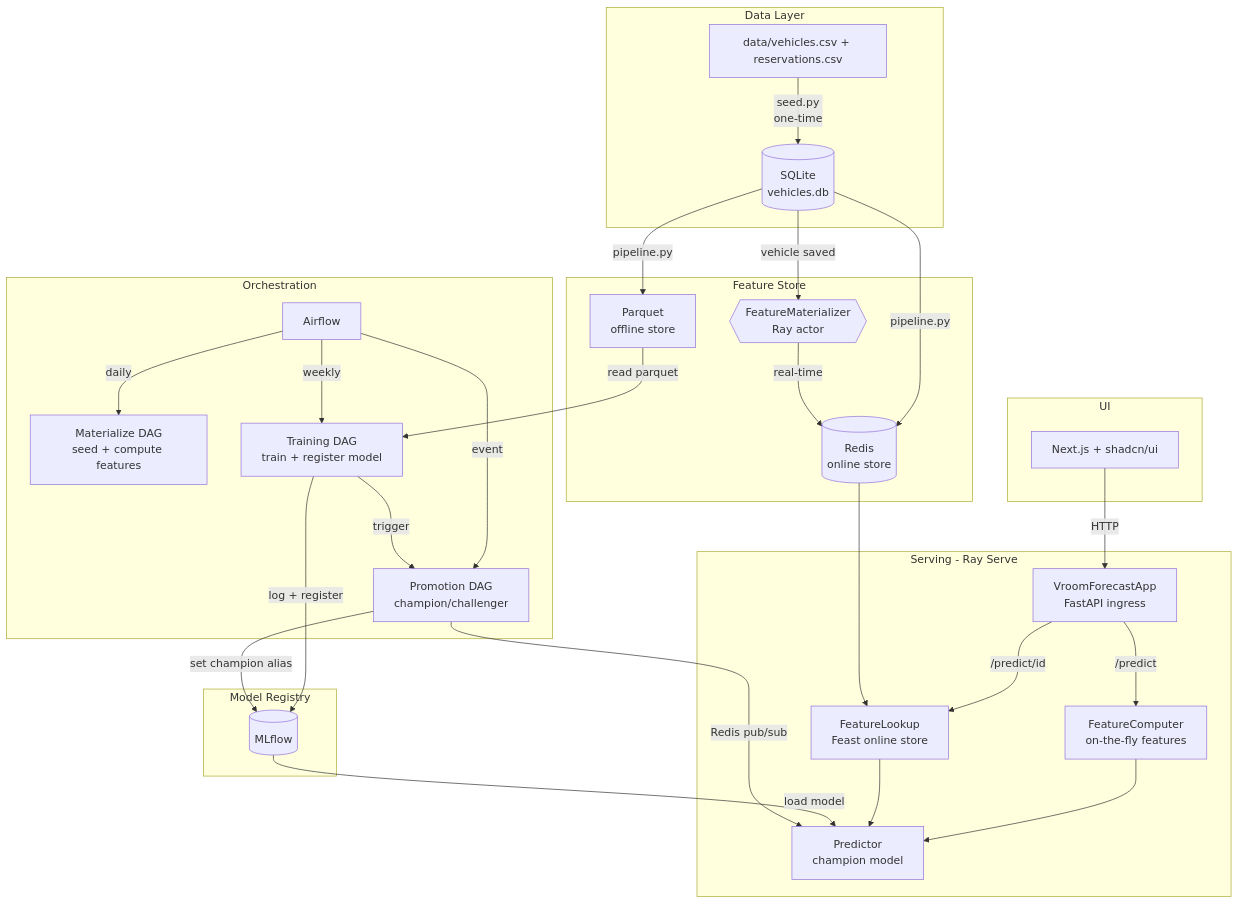
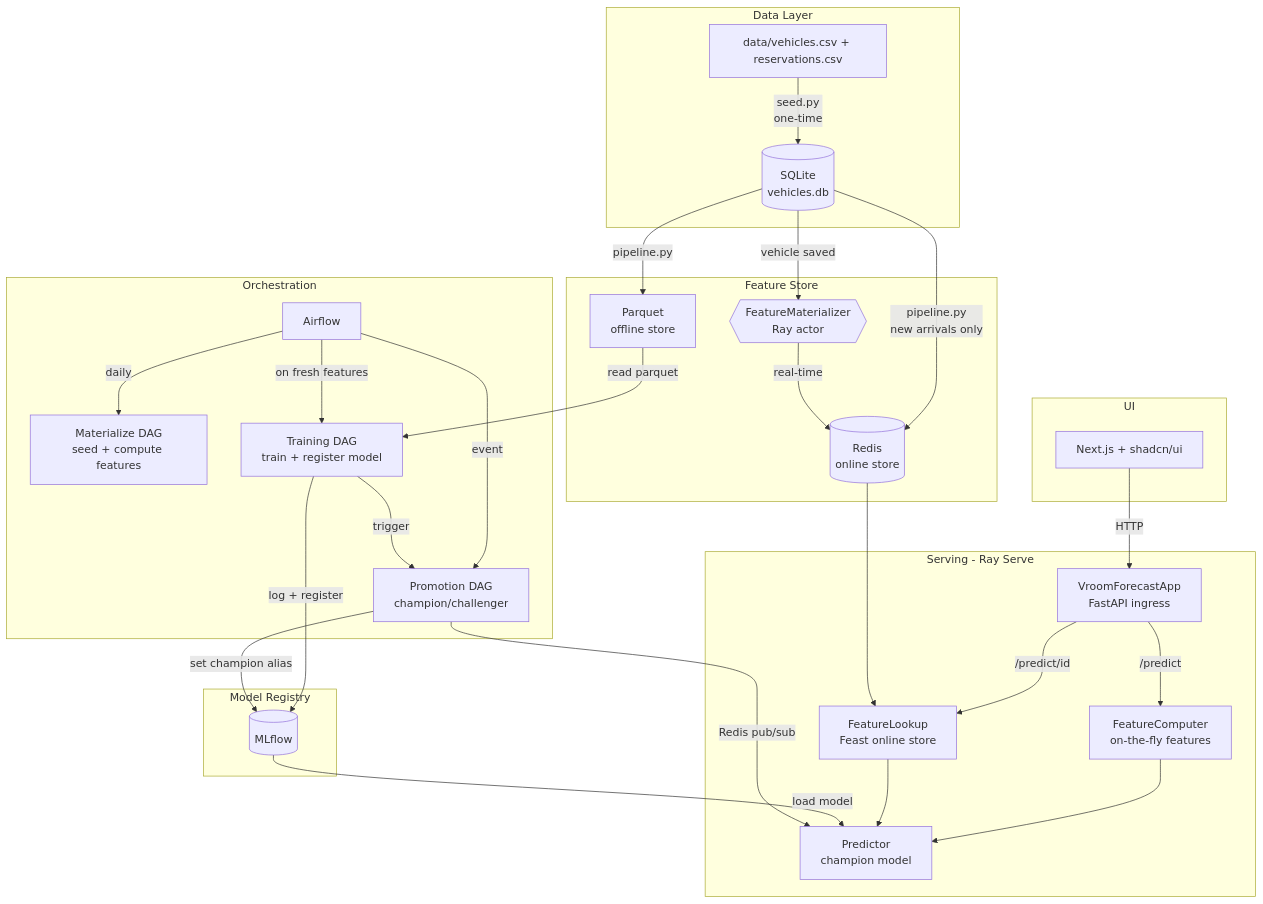
Before and after one commit to pierreWagou/vroom-forecast: the first of 2 diagrams in README.md, drawn with Mermaid. The commit also changed other lines of this file and 82 other files, not shown here.

````diff
--- a/README.md
+++ b/README.md
@@ -9,49 +9,49 @@
 ```mermaid
 graph TB
     subgraph Data Layer
         CSV[data/vehicles.csv + reservations.csv]
         DB[(SQLite<br/>vehicles.db)]
         CSV -->|seed.py<br/>one-time| DB
     end
 
     subgraph Feature Store
         DB -->|pipeline.py| PQ[Parquet<br/>offline store]
-        DB -->|pipeline.py| Redis[(Redis<br/>online store)]
+        DB -->|pipeline.py<br/>new arrivals only| Redis[(Redis<br/>online store)]
         DB -->|vehicle saved| RM{{FeatureMaterializer<br/>Ray actor}}
         RM -->|real-time| Redis
     end
 
     subgraph Orchestration
         AF[Airflow]
         AF -->|daily| MAT[Materialize DAG<br/>seed + compute features]
-        AF -->|weekly| TR[Training DAG<br/>train + register model]
+        AF -->|on fresh features| TR[Training DAG<br/>train + register model]
         AF -->|event| PR[Promotion DAG<br/>champion/challenger]
         TR -->|trigger| PR
     end
 
     subgraph Model Registry
         MLF[(MLflow)]
         TR -->|log + register| MLF
         PR -->|set champion alias| MLF
     end
 
     subgraph Serving - Ray Serve
         ING[VroomForecastApp<br/>FastAPI ingress]
         FC[FeatureComputer<br/>on-the-fly features]
         FL[FeatureLookup<br/>Feast online store]
         PRED[Predictor<br/>champion model]
 
         ING -->|/predict| FC --> PRED
         ING -->|/predict/id| FL --> PRED
         Redis --> FL
         MLF -->|load model| PRED
     end
 
     subgraph UI
         NEXT[Next.js + shadcn/ui]
         NEXT -->|HTTP| ING
     end
 
     PQ -->|read parquet| TR
     PR -->|Redis pub/sub| PRED
 ```
````
